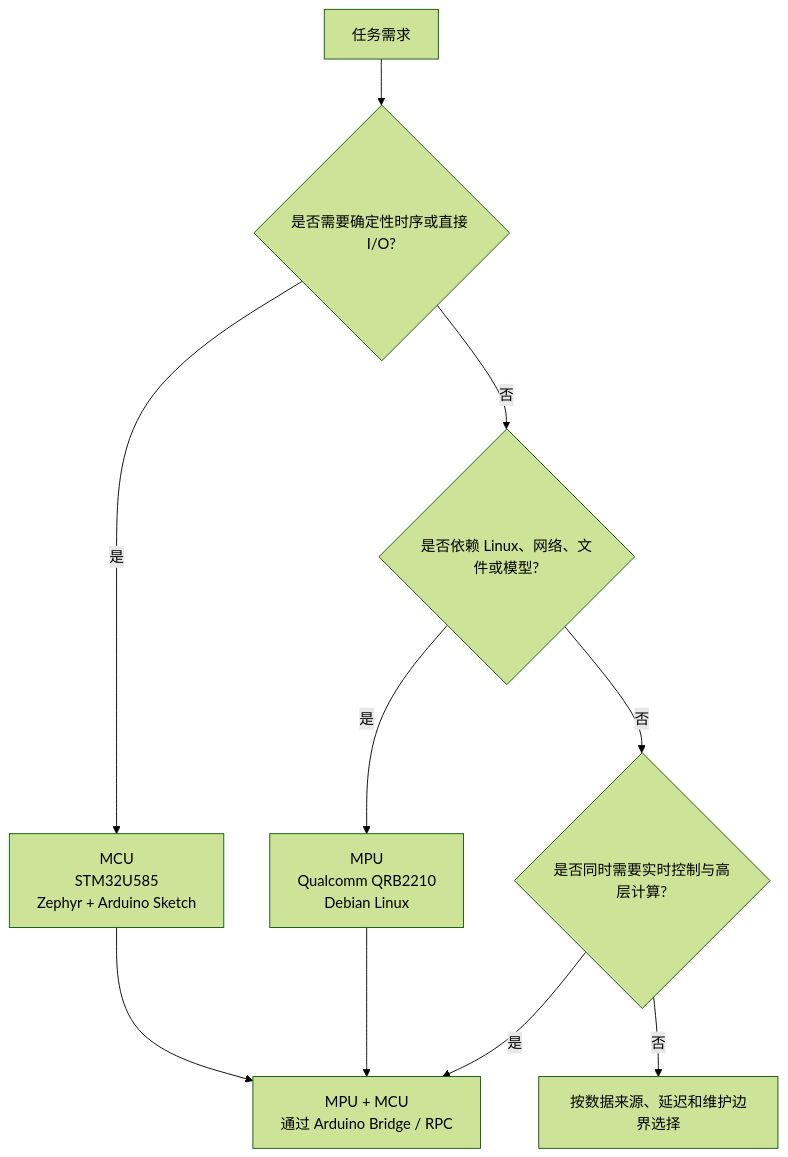
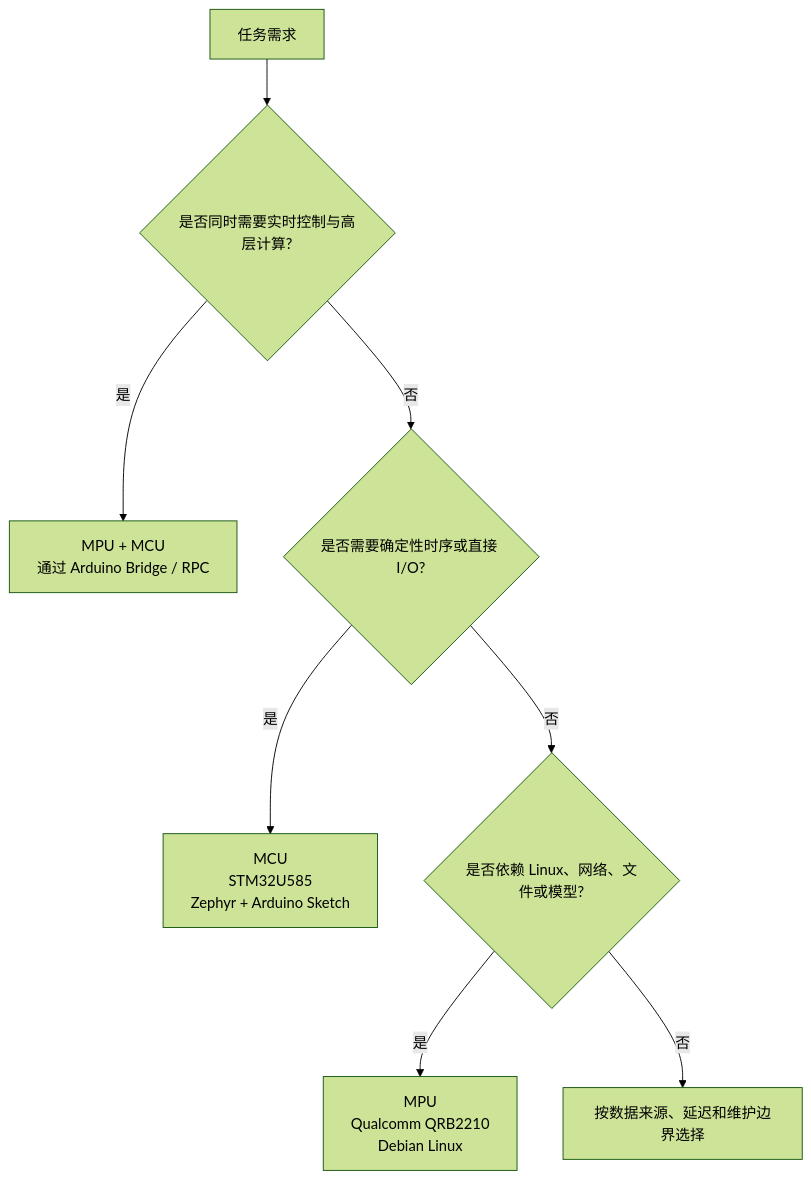
One commit to zhaojinping/arduino-uno-q-deep-development-learning-roadmap changed the diagram in diagrams/uno-q-execution-boundary.mmd. Above: the diagram before and after it, drawn with Mermaid (forest theme). The commit also changed 4 other files, not shown here.

Commit message:
docs: fix chapter 2 decision graph traceability

```diff
--- a/diagrams/uno-q-execution-boundary.mmd
+++ b/diagrams/uno-q-execution-boundary.mmd
@@ -1,10 +1,8 @@
 flowchart TB
-    START[任务需求] --> TIMING{是否需要确定性时序或直接 I/O?}
+    START[任务需求] --> HYBRID{是否同时需要实时控制与高层计算?}
+    HYBRID -->|是| BOTH[MPU + MCU\n通过 Arduino Bridge / RPC]
+    HYBRID -->|否| TIMING{是否需要确定性时序或直接 I/O?}
     TIMING -->|是| MCU[MCU\nSTM32U585\nZephyr + Arduino Sketch]
     TIMING -->|否| LINUX{是否依赖 Linux、网络、文件或模型?}
     LINUX -->|是| MPU[MPU\nQualcomm QRB2210\nDebian Linux]
-    LINUX -->|否| HYBRID{是否同时需要实时控制与高层计算?}
-    HYBRID -->|是| BOTH[MPU + MCU\n通过 Arduino Bridge / RPC]
-    HYBRID -->|否| CHOOSE[按数据来源、延迟和维护边界选择]
-    MCU --> BOTH
-    MPU --> BOTH
+    LINUX -->|否| CHOOSE[按数据来源、延迟和维护边界选择]
```
